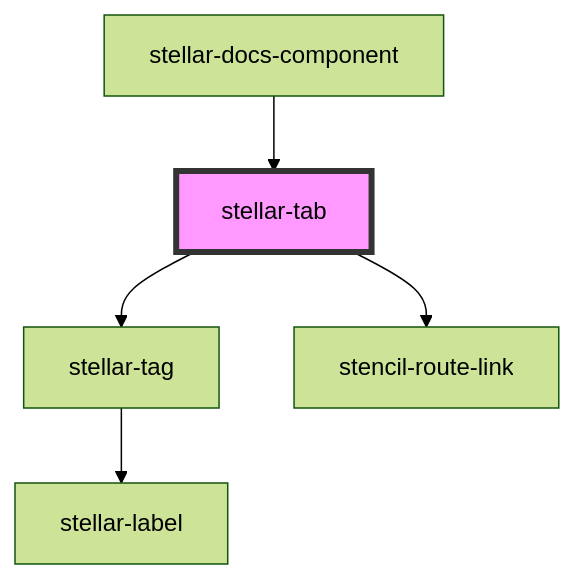
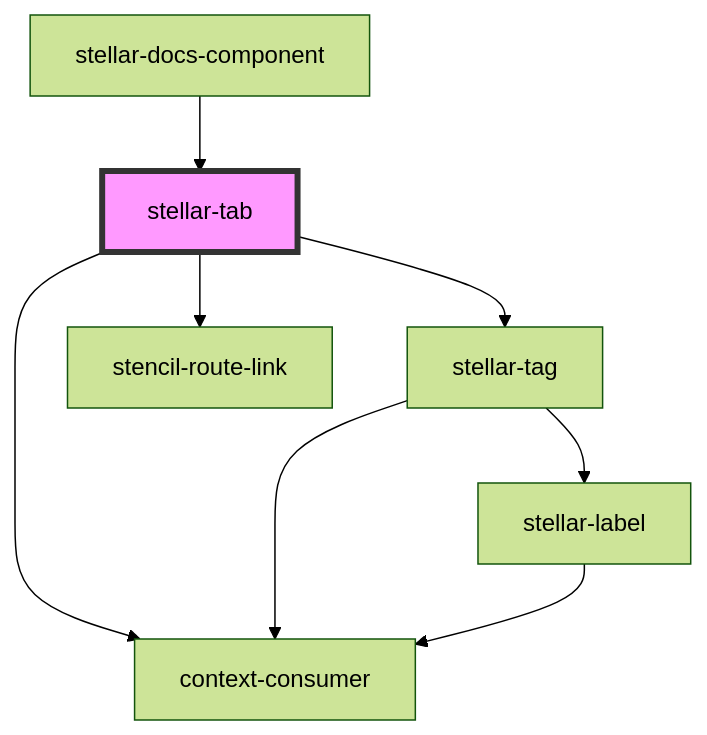
The diagram in src/components/ui/tab/readme.md (splitinfinities/Stellar), drawn with Mermaid (forest theme) before and after one commit. The commit also changed other lines of this file and 44 other files, not shown here.

````diff
--- a/src/components/ui/tab/readme.md
+++ b/src/components/ui/tab/readme.md
@@ -43,8 +44,11 @@
 ```mermaid
 graph TD;
   stellar-tab --> stellar-tag
   stellar-tab --> stencil-route-link
+  stellar-tab --> context-consumer
   stellar-tag --> stellar-label
+  stellar-tag --> context-consumer
+  stellar-label --> context-consumer
   stellar-docs-component --> stellar-tab
   style stellar-tab fill:#f9f,stroke:#333,stroke-width:4px
 ```
````
